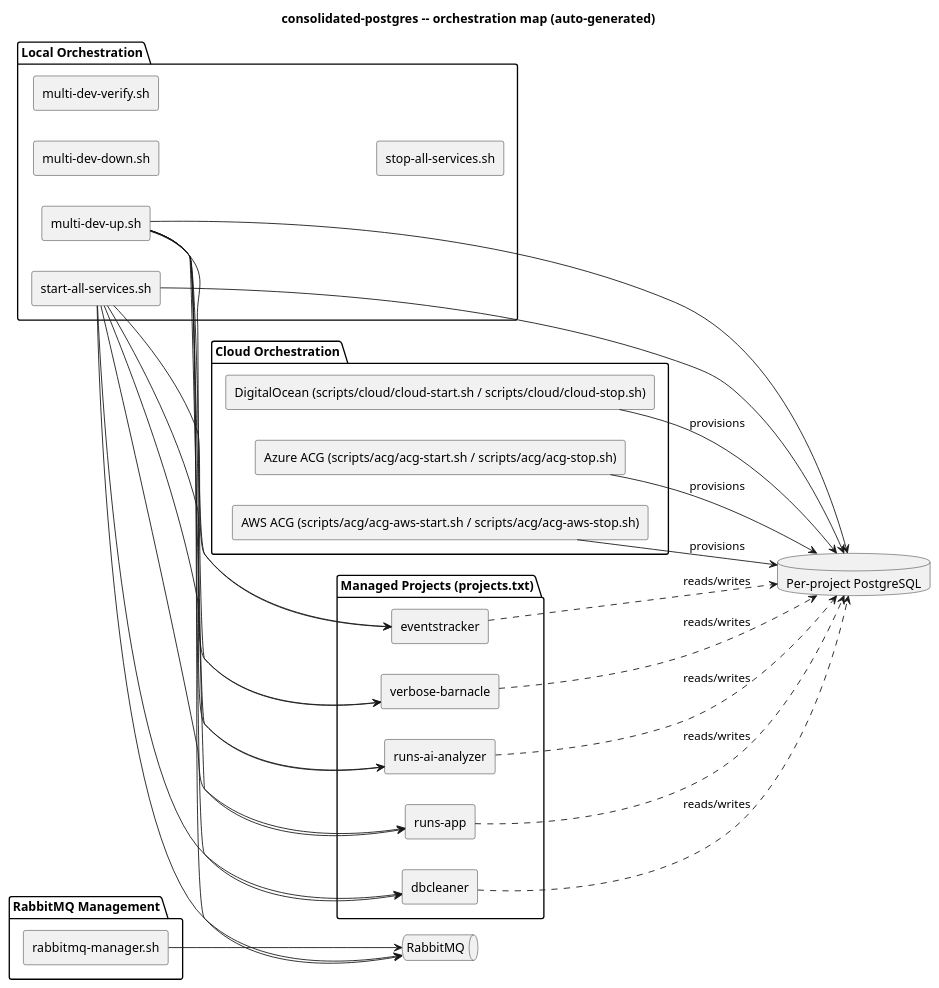
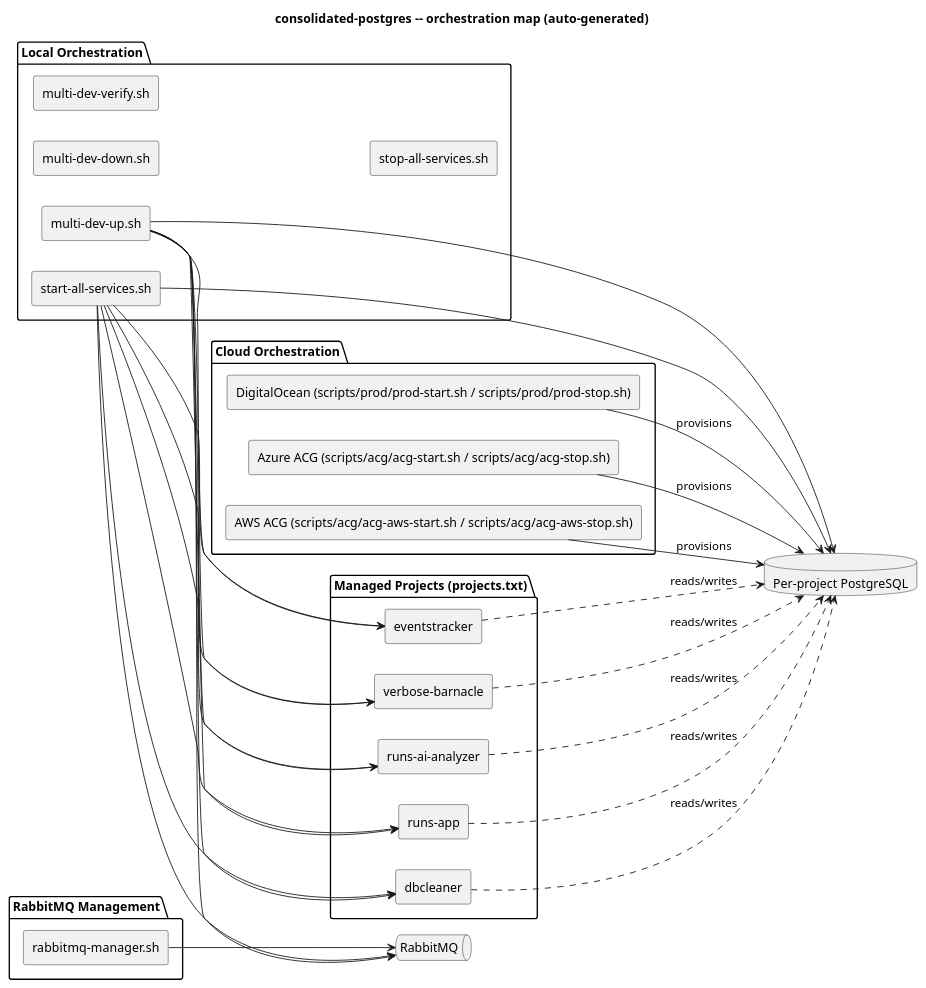
The diagram in README.md (sathishjayapal/consolidated-postgres), drawn with PlantUML before and after one commit. The commit also changed other lines of this file and 22 other files, not shown here.

Commit message:
Refactor cloud scripts for ACG and prod environments; update documentation and .env files

````diff
--- a/README.md
+++ b/README.md
@@ -31,60 +31,60 @@
 ```plantuml
 @startuml
 title consolidated-postgres -- orchestration map (auto-generated)
 skinparam componentStyle rectangle
 left to right direction
 
 package "Local Orchestration" {
   [multi-dev-up.sh] as multi_dev_up_sh
   [multi-dev-down.sh] as multi_dev_down_sh
   [multi-dev-verify.sh] as multi_dev_verify_sh
   [start-all-services.sh] as start_all_services_sh
   [stop-all-services.sh] as stop_all_services_sh
 }
 
 package "Cloud Orchestration" {
-  [DigitalOcean (scripts/cloud/cloud-start.sh / scripts/cloud/cloud-stop.sh)] as DigitalOcean
+  [DigitalOcean (scripts/prod/prod-start.sh / scripts/prod/prod-stop.sh)] as DigitalOcean
   [Azure ACG (scripts/acg/acg-start.sh / scripts/acg/acg-stop.sh)] as Azure_ACG
   [AWS ACG (scripts/acg/acg-aws-start.sh / scripts/acg/acg-aws-stop.sh)] as AWS_ACG
 }
 
 package "RabbitMQ Management" {
   [rabbitmq-manager.sh] as rabbitmq_manager_sh
 }
 
 package "Managed Projects (projects.txt)" {
   [eventstracker] as eventstracker
   [runs-app] as runs_app
   [runs-ai-analyzer] as runs_ai_analyzer
   [verbose-barnacle] as verbose_barnacle
   [dbcleaner] as dbcleaner
 }
 
 database "Per-project PostgreSQL" as PG
 queue "RabbitMQ" as MQ
 
 multi_dev_up_sh --> eventstracker
 multi_dev_up_sh --> runs_app
 multi_dev_up_sh --> runs_ai_analyzer
 multi_dev_up_sh --> verbose_barnacle
 multi_dev_up_sh --> dbcleaner
 multi_dev_up_sh --> PG
 multi_dev_up_sh --> MQ
 start_all_services_sh --> eventstracker
 start_all_services_sh --> runs_app
 start_all_services_sh --> runs_ai_analyzer
 start_all_services_sh --> verbose_barnacle
 start_all_services_sh --> dbcleaner
 start_all_services_sh --> PG
 start_all_services_sh --> MQ
 DigitalOcean --> PG : provisions
 Azure_ACG --> PG : provisions
 AWS_ACG --> PG : provisions
 rabbitmq_manager_sh --> MQ
 eventstracker ..> PG : reads/writes
 runs_app ..> PG : reads/writes
 runs_ai_analyzer ..> PG : reads/writes
 verbose_barnacle ..> PG : reads/writes
 dbcleaner ..> PG : reads/writes
 @enduml
 ```
````
